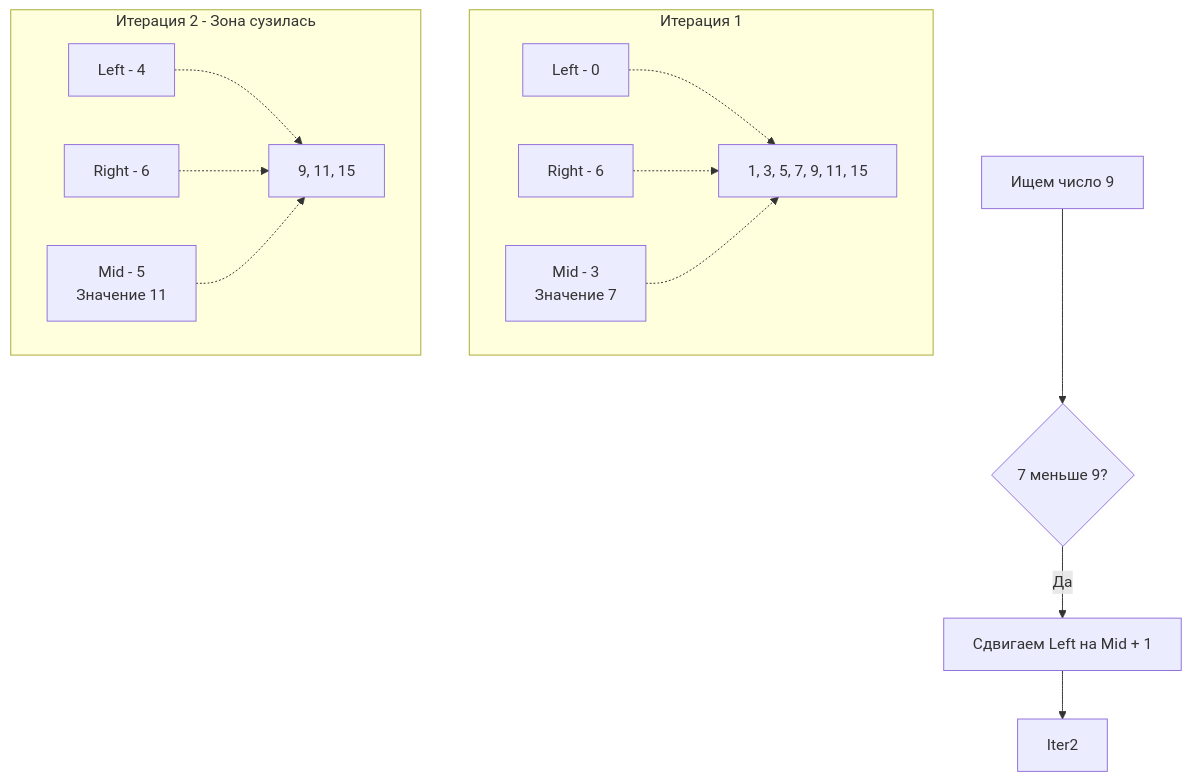
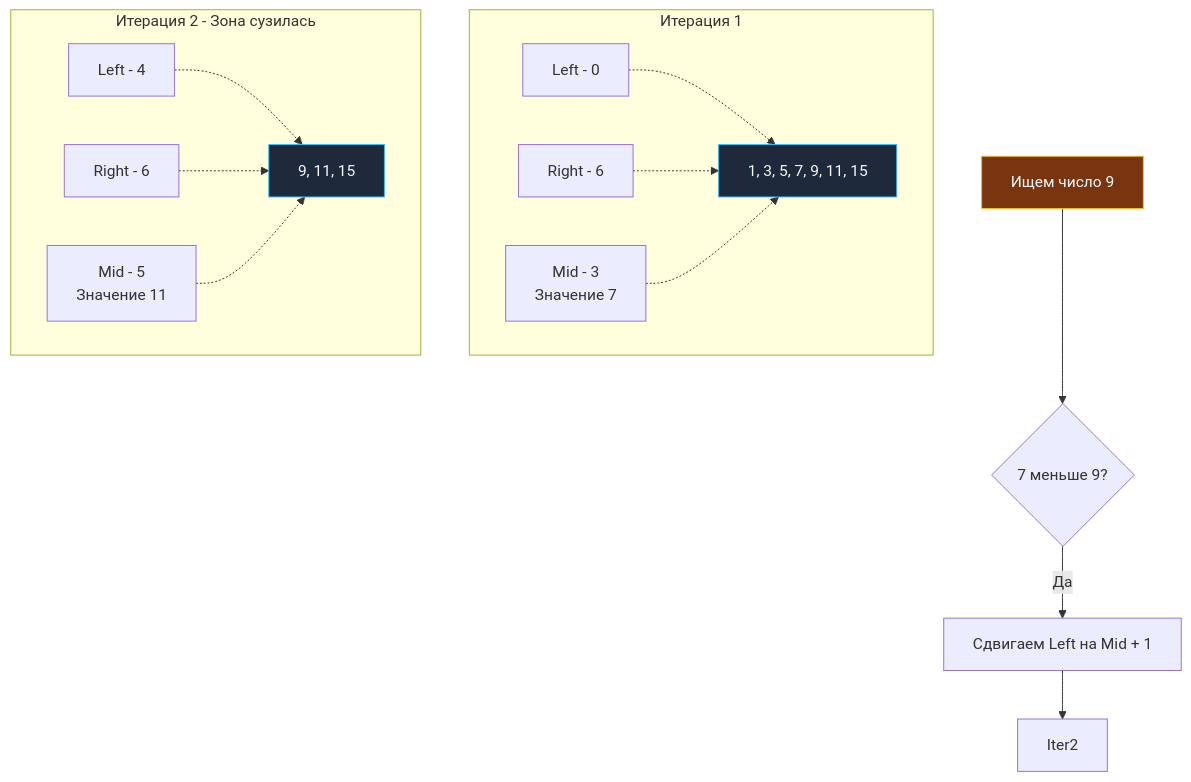
Before and after one commit to UnrealTemplier/go-textbook: the diagram in sources/21. Задачи с LeetCode и собеседований на Go/02. Задачи/09. Бинарный поиск/1. Теория. Бинарный поиск.md, drawn with Mermaid. The commit also changed 1666 other files, not shown here.

First line of the commit message:
feat(mermaid): add semantic color classDef to 1369 colorless flowchart/graph diagrams

````diff
--- a/sources/21. Задачи с LeetCode и собеседований на Go/02. Задачи/09. Бинарный поиск/1. Теория. Бинарный поиск.md
+++ b/sources/21. Задачи с LeetCode и собеседований на Go/02. Задачи/09. Бинарный поиск/1. Теория. Бинарный поиск.md
@@ -15,22 +15,32 @@
 ```mermaid
 flowchart TD
+    classDef process  fill:#1e293b,stroke:#38bdf8,stroke-width:1px,color:#f8fafc
+    classDef success  fill:#064e3b,stroke:#34d399,stroke-width:1px,color:#f8fafc
+    classDef error    fill:#7f1d1d,stroke:#f87171,stroke-width:1px,color:#f8fafc
+    classDef warning  fill:#78350f,stroke:#fbbf24,stroke-width:1px,color:#f8fafc
+    classDef entry    fill:#1e3a5f,stroke:#38bdf8,stroke-width:2px,color:#f8fafc
+    classDef aux      fill:#334155,stroke:#64748b,stroke-width:1px,color:#f8fafc
+    classDef system   fill:#312e81,stroke:#a78bfa,stroke-width:1px,color:#f8fafc
+    classDef data     fill:#132d29,stroke:#2dd4bf,stroke-width:1px,color:#f8fafc
+    classDef network  fill:#881337,stroke:#fb7185,stroke-width:1px,color:#f8fafc
+    classDef accent   fill:#1e1b4b,stroke:#818cf8,stroke-width:1px,color:#f8fafc
     subgraph Итерация 1
-        Arr1["1, 3, 5, 7, 9, 11, 15"]
+        Arr1["1, 3, 5, 7, 9, 11, 15"]:::process
         L1["Left - 0"] -.-> Arr1
         R1["Right - 6"] -.-> Arr1
         M1["Mid - 3<br>Значение 7"] -.-> Arr1
     end
     
-    Target["Ищем число 9"] --> Check{"7 меньше 9?"}
+    Target["Ищем число 9"]:::warning --> Check{"7 меньше 9?"}
     
     Check -->|"Да"| Shift["Сдвигаем Left на Mid + 1"]
     
     Shift --> Iter2
     
     subgraph Итерация 2 - Зона сузилась
-        Arr2["9, 11, 15"]
+        Arr2["9, 11, 15"]:::process
         L2["Left - 4"] -.-> Arr2
         R2["Right - 6"] -.-> Arr2
         M2["Mid - 5<br>Значение 11"] -.-> Arr2
     end
 ```
````
